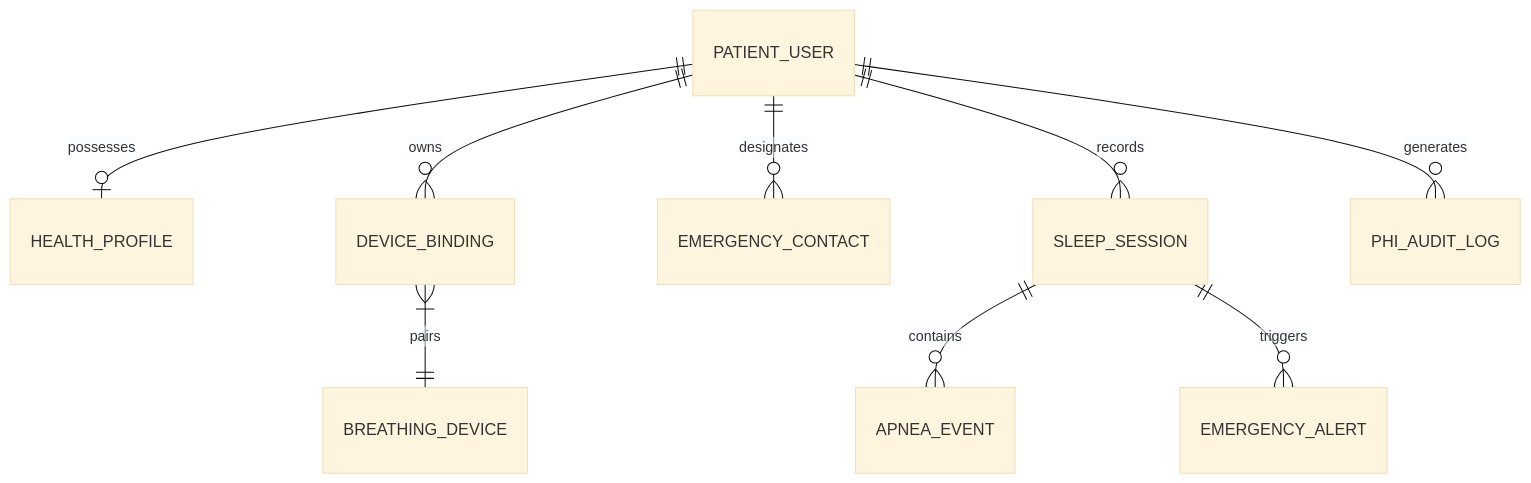
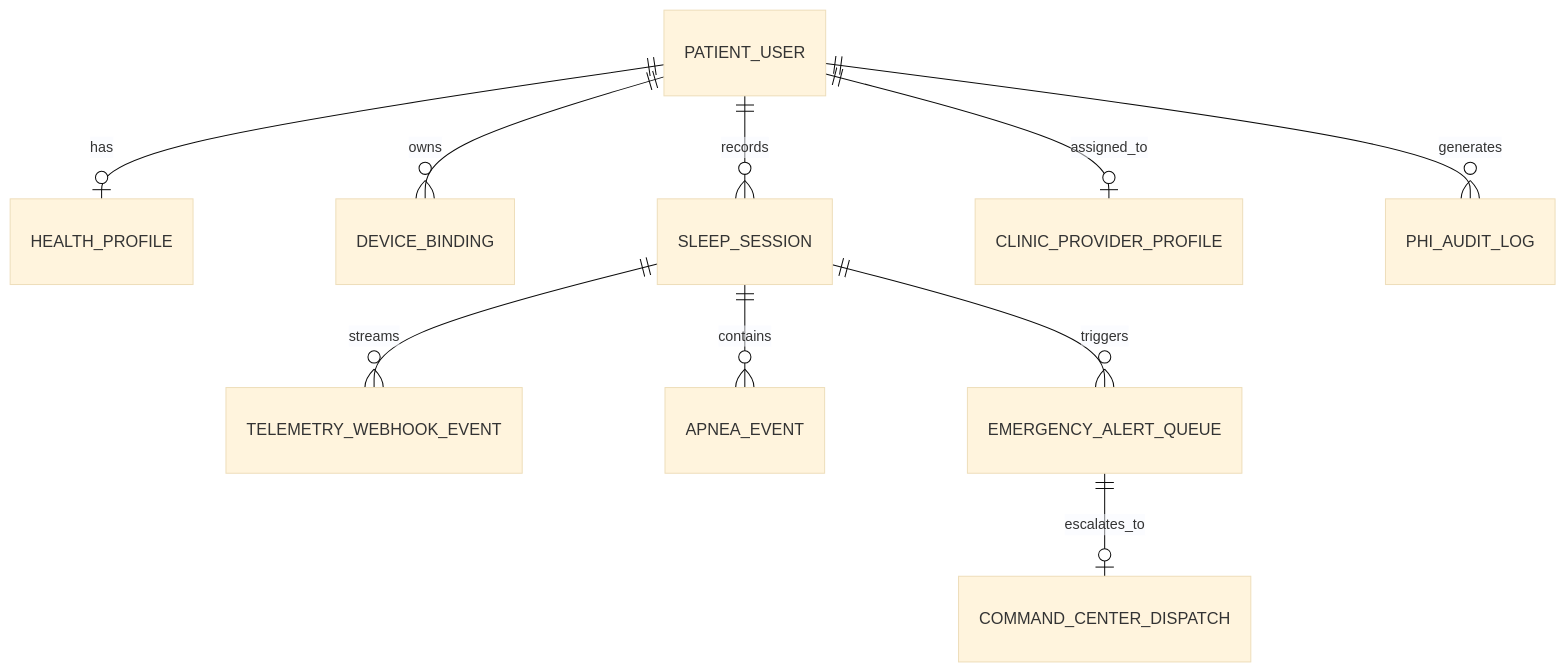
The second of 4 diagrams in _bmad-output/architecture/ARCHITECTURE-SPINE.md (reidlai/masker-app), drawn with Mermaid (base theme) before and after one commit. The commit also changed other lines of this file and 1 other file, not shown here.

Commit message:
docs: update Enterprise Architecture Specification (v3.0.0) with BPMN 2.0 workflows, process data models, and GCP/Firebase scale engine

````diff
--- a/_bmad-output/architecture/ARCHITECTURE-SPINE.md
+++ b/_bmad-output/architecture/ARCHITECTURE-SPINE.md
@@ -59,11 +93,12 @@
 ```mermaid
 erDiagram
-    PATIENT_USER ||--o| HEALTH_PROFILE : "possesses"
+    PATIENT_USER ||--o| HEALTH_PROFILE : "has"
     PATIENT_USER ||--o{ DEVICE_BINDING : "owns"
-    DEVICE_BINDING }|--|| BREATHING_DEVICE : "pairs"
-    PATIENT_USER ||--o{ EMERGENCY_CONTACT : "designates"
     PATIENT_USER ||--o{ SLEEP_SESSION : "records"
+    SLEEP_SESSION ||--o{ TELEMETRY_WEBHOOK_EVENT : "streams"
     SLEEP_SESSION ||--o{ APNEA_EVENT : "contains"
-    SLEEP_SESSION ||--o{ EMERGENCY_ALERT : "triggers"
+    SLEEP_SESSION ||--o{ EMERGENCY_ALERT_QUEUE : "triggers"
+    EMERGENCY_ALERT_QUEUE ||--o| COMMAND_CENTER_DISPATCH : "escalates_to"
+    PATIENT_USER ||--o| CLINIC_PROVIDER_PROFILE : "assigned_to"
     PATIENT_USER ||--o{ PHI_AUDIT_LOG : "generates"
 ```
````
